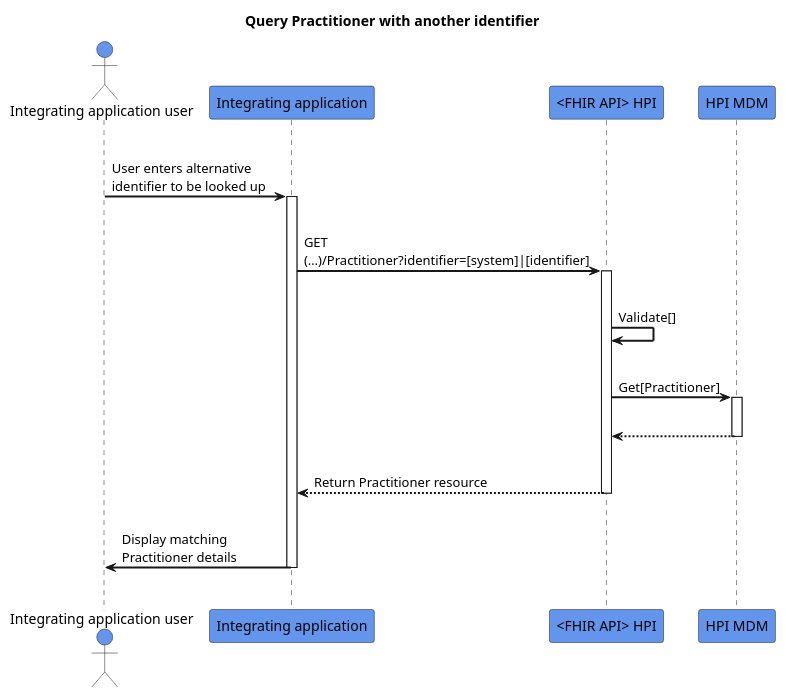
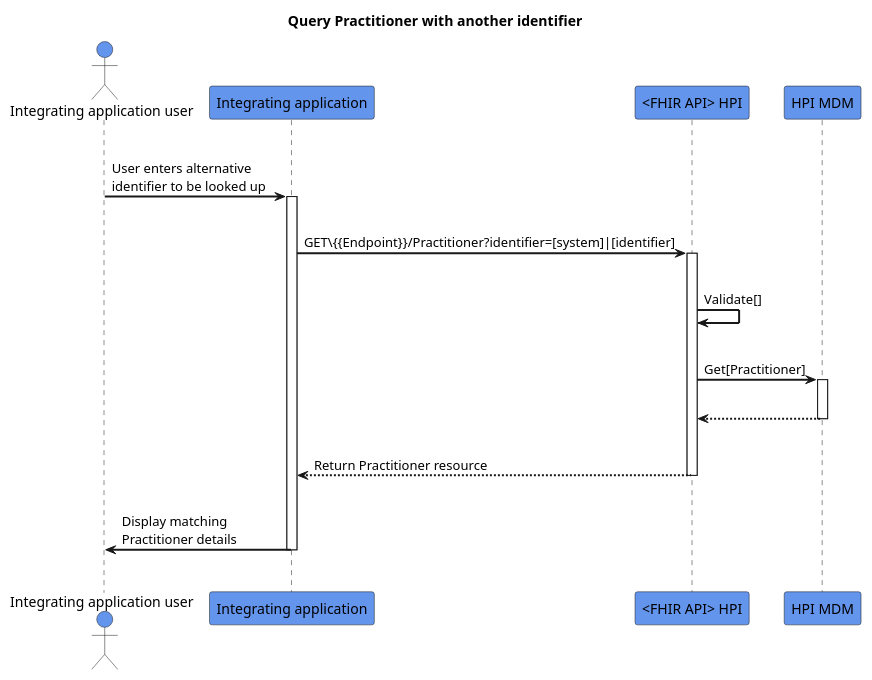
The diagram in input/images-source/query-practitioner.plantuml (HL7NZ/hpi), drawn with PlantUML before and after one commit.

```diff
--- a/input/images-source/query-practitioner.plantuml
+++ b/input/images-source/query-practitioner.plantuml
@@ -1,33 +1,32 @@
 @startuml
 skinparam sequenceArrowThickness 2
 skinparam roundcorner 5
 skinparam maxmessagesize 180
 skinparam sequenceParticipant bold
 title Query Practitioner with another identifier 
 actor "Integrating application user" as User #CornflowerBlue
 participant "Integrating application" as A #CornflowerBlue
 participant "<FHIR API> HPI" as B #CornflowerBlue
 participant "HPI MDM" as C #CornflowerBlue
 |||
 User -> A: User enters alternative identifier to be looked up
 activate A
 |||
-A -> B: GET (…)/Practitioner?identifier=[system]|[identifier]
+A -> B: GET\{{Endpoint}}/Practitioner?identifier=[system]|[identifier]
 activate B
 |||
 B -> B: Validate[]
 |||
 B -> C: Get[Practitioner]
 activate C
 |||
-
 C -[dashed]-> B:  
 deactivate C
 |||
 B -[dashed]-> A:Return Practitioner resource
 deactivate B
 |||
 A -> User: Display matching Practitioner details
 deactivate A
 |||
 @enduml
```
